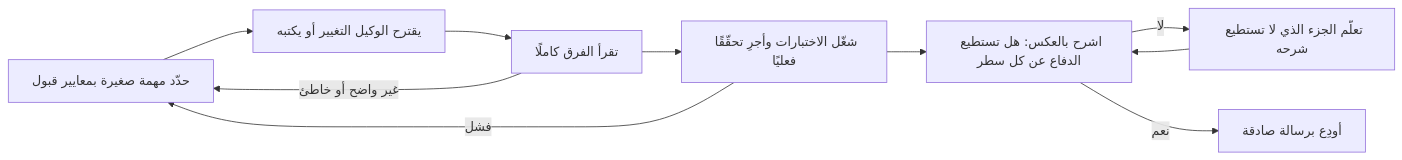
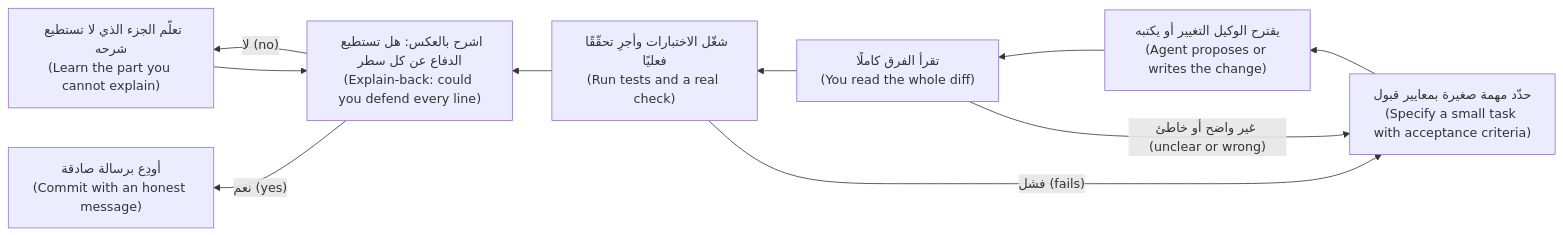
Before and after one commit to Tamoura/system-design-for-vibe-coders: the second of 3 diagrams in career/modules/01-skills.ar.md, drawn with Mermaid. The commit also changed other lines of this file and 20 other files, not shown here.

First line of the commit message:
New courses: Arabic diagrams read right-to-left with English labels (modules 0–6)

````diff
--- a/career/modules/01-skills.ar.md
+++ b/career/modules/01-skills.ar.md
@@ -305,12 +305,12 @@
 ```mermaid
-flowchart LR
-    S["حدّد مهمة صغيرة بمعايير قبول"] --> G["يقترح الوكيل التغيير أو يكتبه"]
-    G --> R["تقرأ الفرق كاملًا"]
-    R -->|"غير واضح أو خاطئ"| S
-    R --> V["شغّل الاختبارات وأجرِ تحقّقًا فعليًا"]
-    V -->|"فشل"| S
-    V --> E["اشرح بالعكس: هل تستطيع الدفاع عن كل سطر"]
-    E -->|"لا"| L["تعلّم الجزء الذي لا تستطيع شرحه"]
+flowchart RL
+    S["حدّد مهمة صغيرة بمعايير قبول<br/>(Specify a small task with acceptance criteria)"] --> G["يقترح الوكيل التغيير أو يكتبه<br/>(Agent proposes or writes the change)"]
+    G --> R["تقرأ الفرق كاملًا<br/>(You read the whole diff)"]
+    R -->|"غير واضح أو خاطئ (unclear or wrong)"| S
+    R --> V["شغّل الاختبارات وأجرِ تحقّقًا فعليًا<br/>(Run tests and a real check)"]
+    V -->|"فشل (fails)"| S
+    V --> E["اشرح بالعكس: هل تستطيع الدفاع عن كل سطر<br/>(Explain-back: could you defend every line)"]
+    E -->|"لا (no)"| L["تعلّم الجزء الذي لا تستطيع شرحه<br/>(Learn the part you cannot explain)"]
     L --> E
-    E -->|"نعم"| C["أودِع برسالة صادقة"]
+    E -->|"نعم (yes)"| C["أودِع برسالة صادقة<br/>(Commit with an honest message)"]
 ```
````
